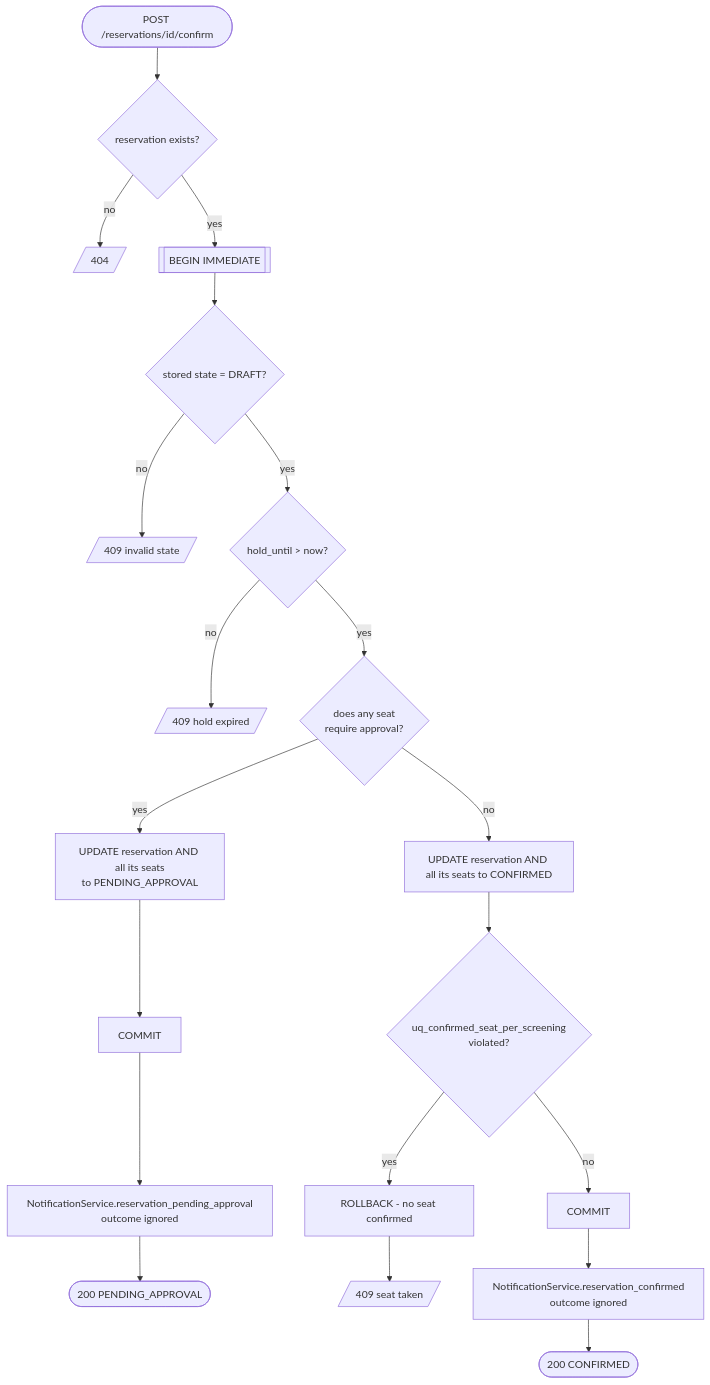
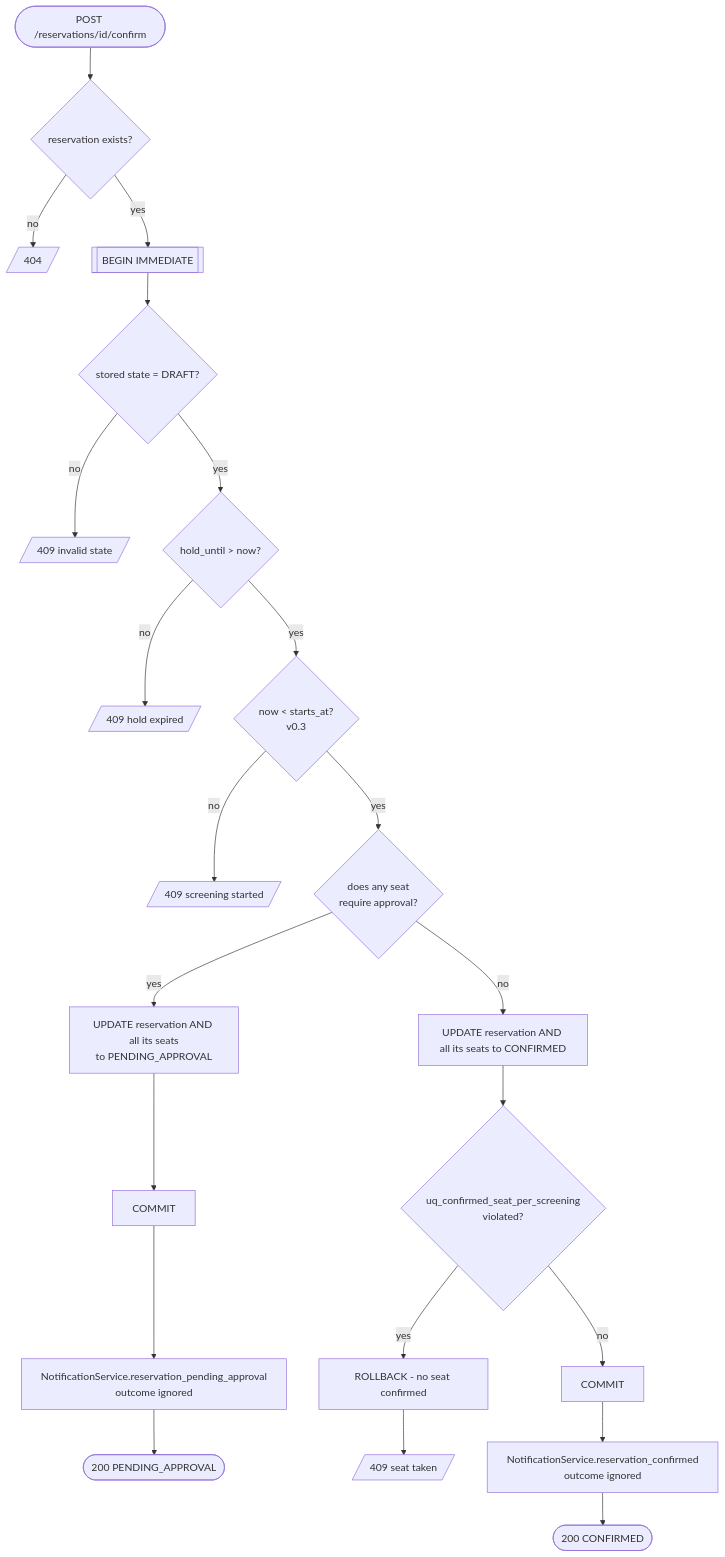
One commit to SerpentSide/SWI_Projekt changed the fifth of 7 diagrams in docs/diagrams.md. Above: the diagram before and after it, drawn with Mermaid. The commit also changed other lines of this file and 9 other files, not shown here.

````diff
--- a/docs/diagrams.md
+++ b/docs/diagrams.md
@@ -143,22 +153,24 @@
 ```mermaid
 flowchart TD
     start([POST /reservations/id/confirm]) --> r{reservation exists?}
     r -- no --> e404[/404/]
     r -- yes --> tx[[BEGIN IMMEDIATE]]
     tx --> d{stored state = DRAFT?}
     d -- no --> e409a[/409 invalid state/]
     d -- yes --> hold{hold_until > now?}
     hold -- no --> e409b[/409 hold expired/]
-    hold -- yes --> ap{does any seat<br/>require approval?}
+    hold -- yes --> st{now < starts_at?<br/>v0.3}
+    st -- no --> e409d[/409 screening started/]
+    st -- yes --> ap{does any seat<br/>require approval?}
     ap -- yes --> pend[UPDATE reservation AND all its seats<br/>to PENDING_APPROVAL]
     pend --> commitp[COMMIT]
     commitp --> notifyp[NotificationService.reservation_pending_approval<br/>outcome ignored]
     notifyp --> okp([200 PENDING_APPROVAL])
     ap -- no --> upd[UPDATE reservation AND all its seats to CONFIRMED]
     upd --> uq{uq_confirmed_seat_per_screening<br/>violated?}
     uq -- yes --> rb[ROLLBACK - no seat confirmed]
     rb --> e409c[/409 seat taken/]
     uq -- no --> commit[COMMIT]
     commit --> notify[NotificationService.reservation_confirmed<br/>outcome ignored]
     notify --> ok([200 CONFIRMED])
 ```
````
